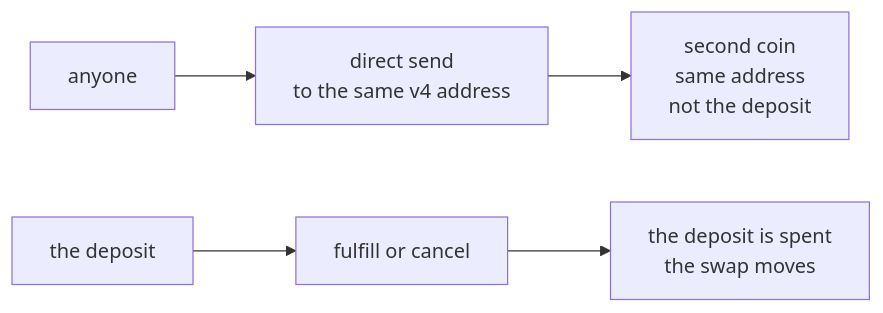
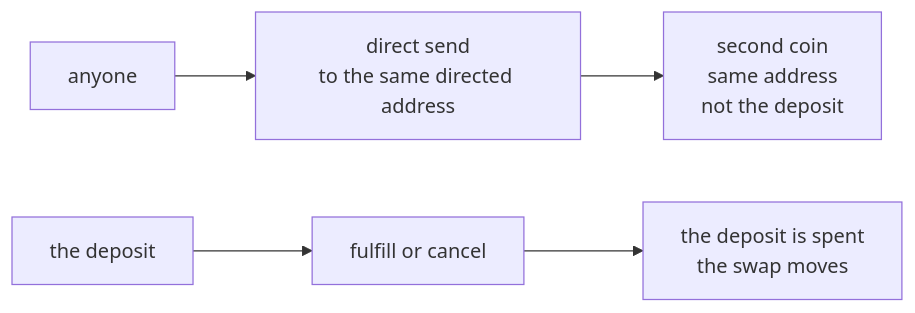
Before and after one commit to arkade-os/ts-sdk: the second of 4 diagrams in packages/swap/src/contracts/README.md, drawn with Mermaid. The commit also changed other lines of this file and 23 other files, not shown here.

````diff
--- a/packages/swap/src/contracts/README.md
+++ b/packages/swap/src/contracts/README.md
@@ -19,7 +20,7 @@
 ```mermaid
 flowchart LR
-  sender["anyone"] --> sent["direct send<br/>to the same v4 address"]
+  sender["anyone"] --> sent["direct send<br/>to the same directed address"]
   sent --> second["second coin<br/>same address<br/>not the deposit"]
   deposit["the deposit"] --> spend["fulfill or cancel"]
   spend --> position["the deposit is spent<br/>the swap moves"]
 ```
````
